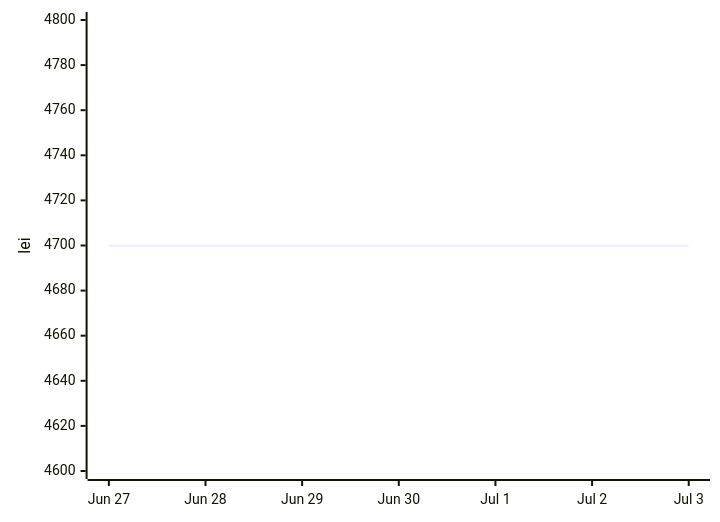
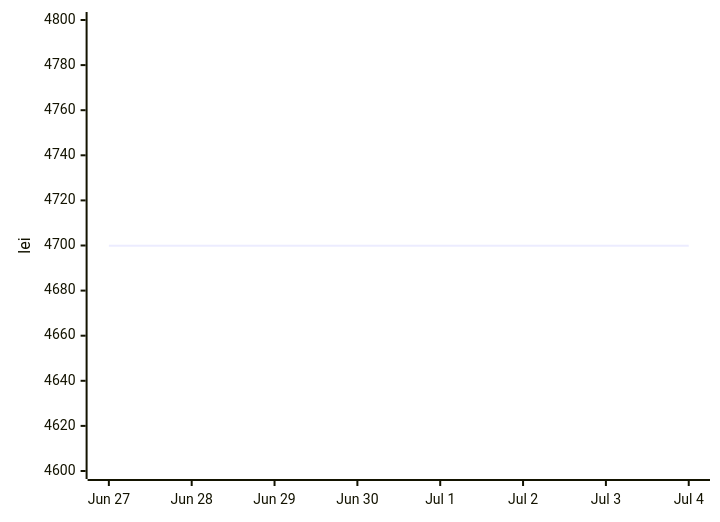
The first of 2 diagrams in README.md (anagheioan/laptop-price-monitor), drawn with Mermaid before and after one commit. The commit also changed other lines of this file and 1 other file, not shown here.

Commit message:
Price check 2026-07-04

````diff
--- a/README.md
+++ b/README.md
@@ -21,6 +21,6 @@
 ```mermaid
 xychart-beta
-    x-axis ["Jun 27", "Jun 28", "Jun 29", "Jun 30", "Jul 1", "Jul 2", "Jul 3"]
+    x-axis ["Jun 27", "Jun 28", "Jun 29", "Jun 30", "Jul 1", "Jul 2", "Jul 3", "Jul 4"]
     y-axis "lei" 4600 --> 4800
-    line [4699.9, 4699.9, 4699.9, 4699.9, 4699.9, 4699.9, 4699.9]
+    line [4699.9, 4699.9, 4699.9, 4699.9, 4699.9, 4699.9, 4699.9, 4699.9]
 ```
````
